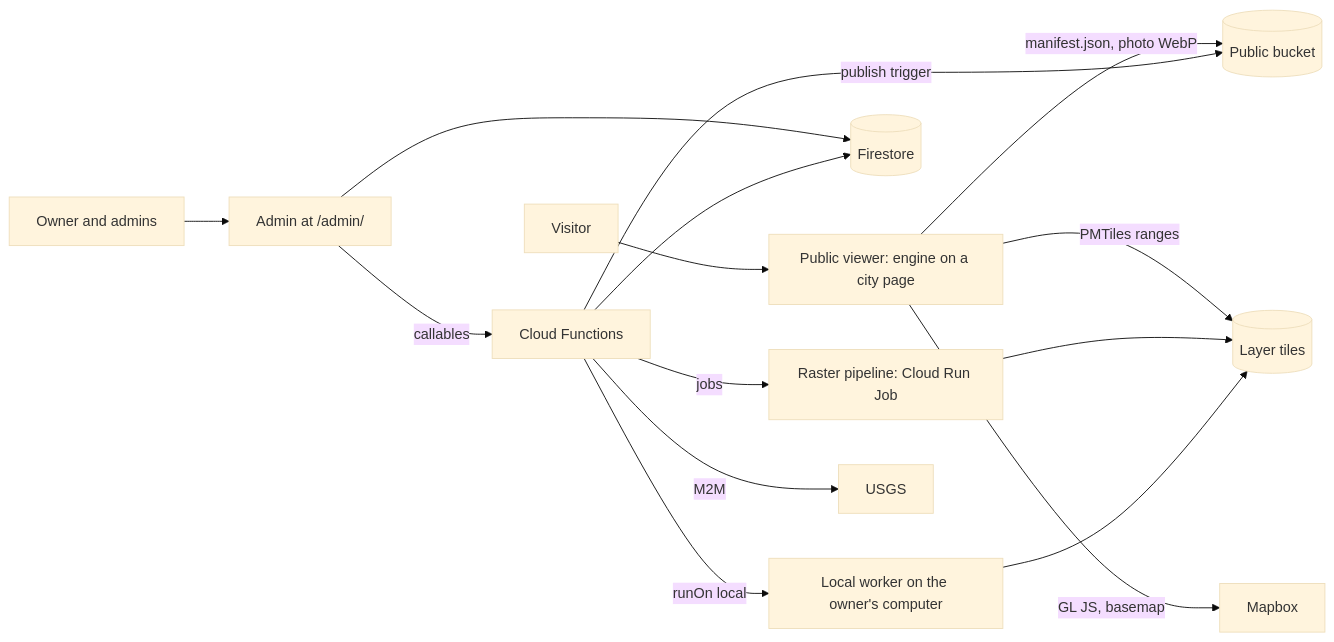
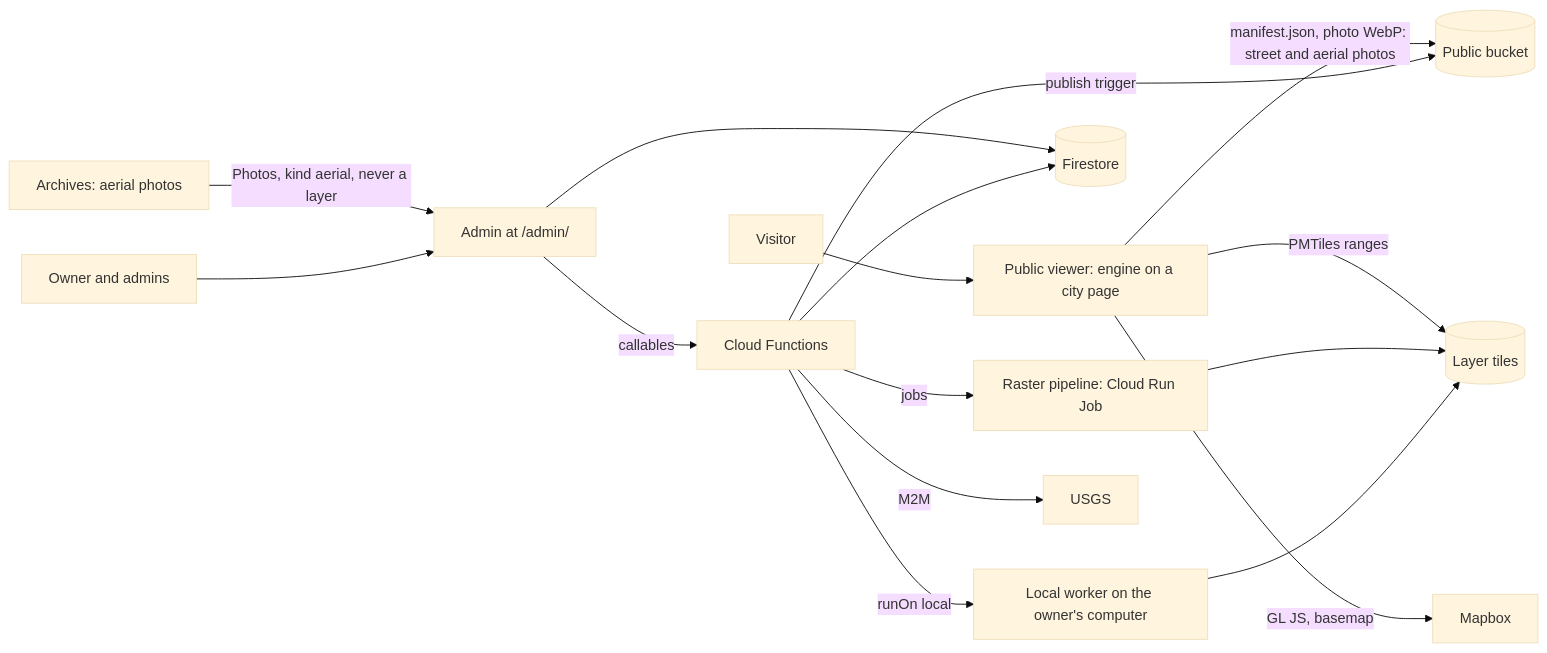
One commit to ventura8/historic-city-map-maker changed the first of 2 diagrams in docs/ARCHITECTURE.md. Above: the diagram before and after it, drawn with Mermaid (base theme). The commit also changed other lines of this file and 51 other files, not shown here.

Commit message:
feat(photos): aerial photos are photos of their own kind, never map layers

````diff
--- a/docs/ARCHITECTURE.md
+++ b/docs/ARCHITECTURE.md
@@ -51,17 +51,18 @@
 ```mermaid
 flowchart LR
     visitor[Visitor] --> viewer[Public viewer: engine on a city page]
-    viewer -->|manifest.json, photo WebP| bucket[(Public bucket)]
+    viewer -->|manifest.json, photo WebP: street and aerial photos| bucket[(Public bucket)]
+    archives[Archives: aerial photos] -->|Photos, kind aerial, never a layer| admin
     viewer -->|GL JS, basemap| mapbox[Mapbox]
     viewer -->|PMTiles ranges| tiles[(Layer tiles)]
     owner[Owner and admins] --> admin[Admin at /admin/]
     admin -->|callables| functions[Cloud Functions]
     admin --> firestore[(Firestore)]
     functions --> firestore
     functions -->|publish trigger| bucket
     functions -->|jobs| pipeline[Raster pipeline: Cloud Run Job]
     functions -->|runOn local| worker[Local worker on the owner's computer]
     pipeline --> tiles
     worker --> tiles
     functions -->|M2M| usgs[USGS]
 ```
````
